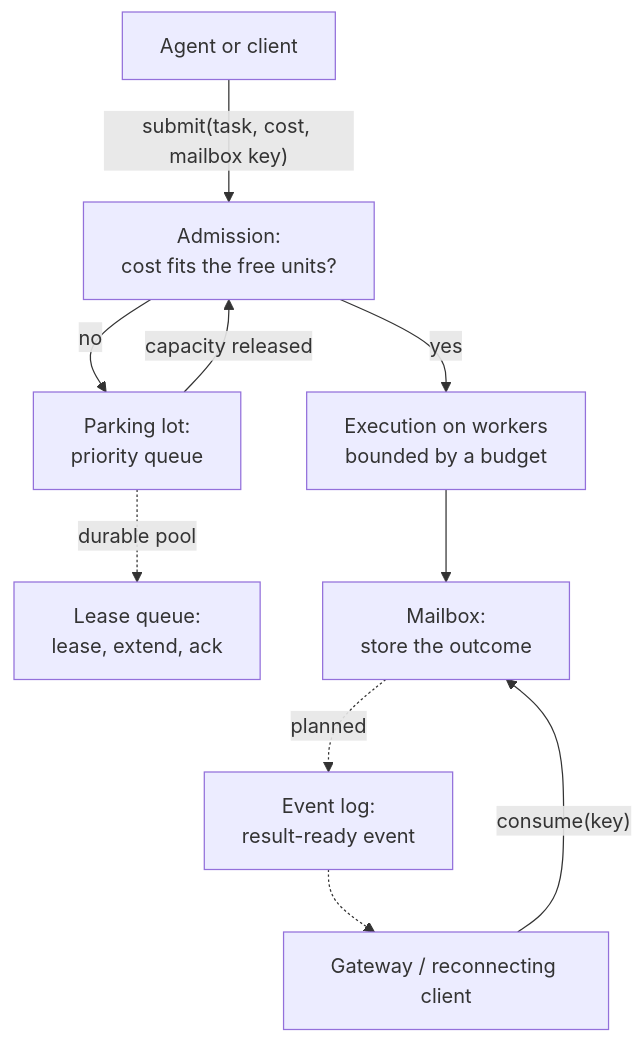
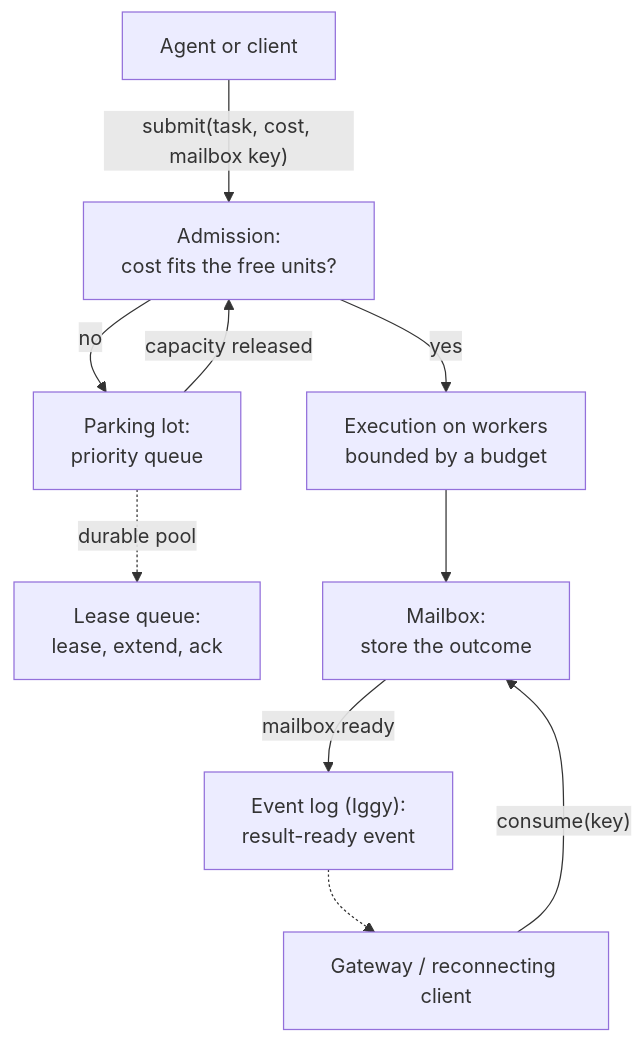
One commit to Prometheus-AGS/prometheus-parking-lot-rs changed the diagram in website/docs/concepts/agentic-value.md. Above: the diagram before and after it, drawn with Mermaid. The commit also changed other lines of this file and 21 other files, not shown here.

````diff
--- a/website/docs/concepts/agentic-value.md
+++ b/website/docs/concepts/agentic-value.md
@@ -68,12 +68,12 @@
 ```mermaid
 flowchart TD
   C["Agent or client"] -->|"submit(task, cost, mailbox key)"| A["Admission:<br/>cost fits the free units?"]
   A -->|no| PL["Parking lot:<br/>priority queue"]
   A -->|yes| X["Execution on workers<br/>bounded by a budget"]
   PL -->|"capacity released"| A
   PL -.->|"durable pool"| LQ["Lease queue:<br/>lease, extend, ack"]
   X --> MB["Mailbox:<br/>store the outcome"]
-  MB -.->|"planned"| EV["Event log:<br/>result-ready event"]
+  MB -->|"mailbox.ready"| EV["Event log (Iggy):<br/>result-ready event"]
   EV -.-> GW["Gateway / reconnecting client"]
   GW -->|"consume(key)"| MB
 ```
````
